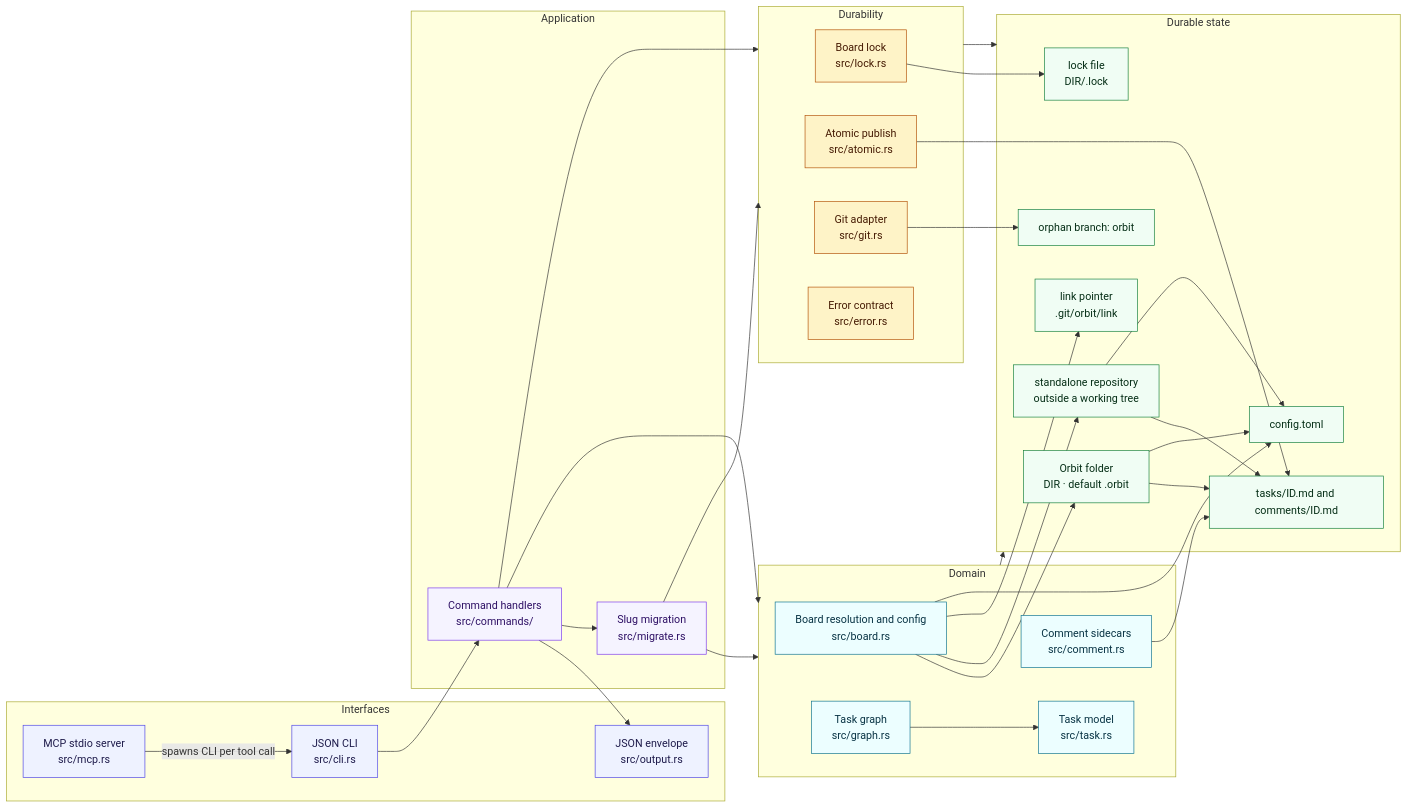
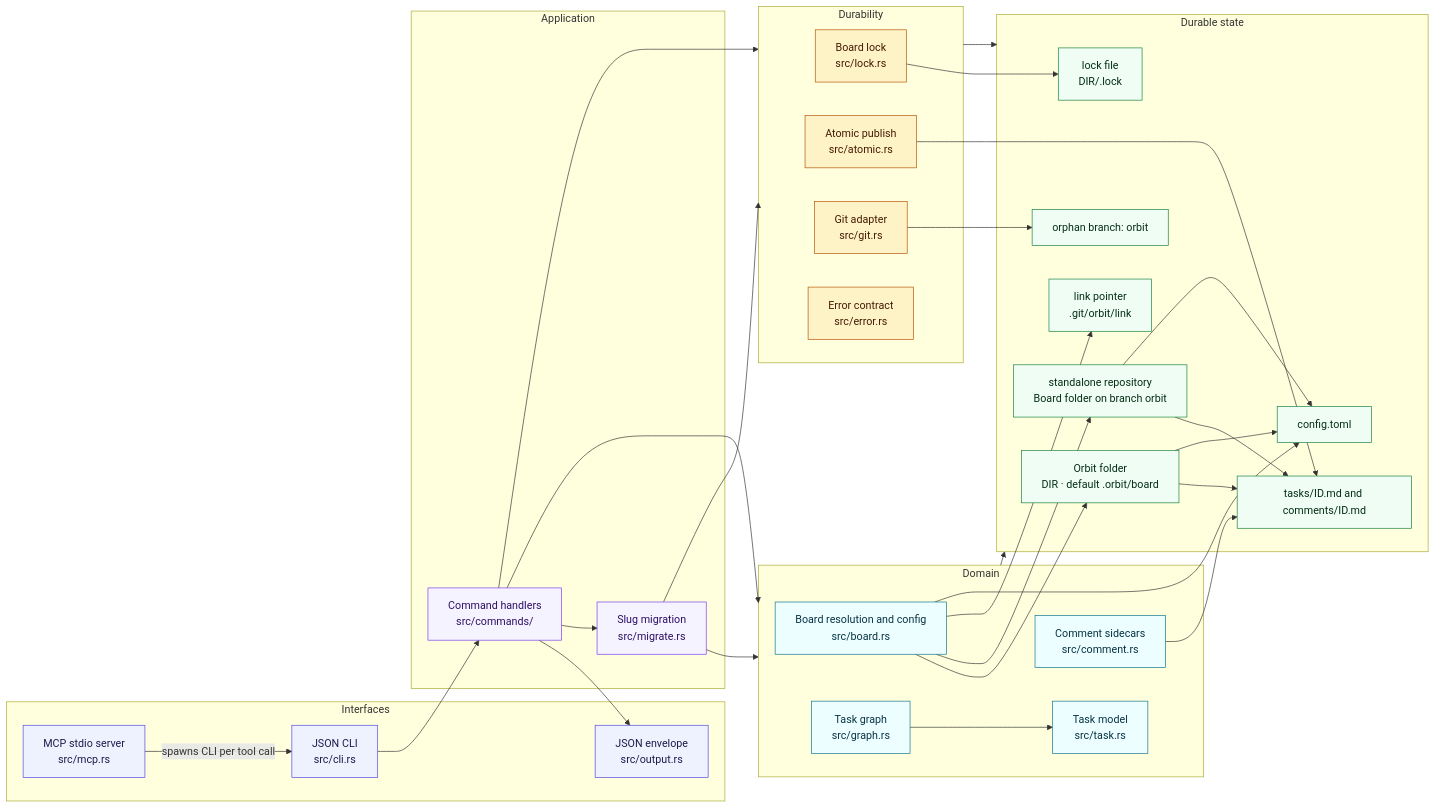
One commit to rcmendes/orbit changed the first of 2 diagrams in docs/SPEC.md. Above: the diagram before and after it, drawn with Mermaid. The commit also changed other lines of this file and 3 other files, not shown here.

Commit message:
docs(commands,spec,help): describe the ADR-0019 standalone Board layout and orbit migrate

````diff
--- a/docs/SPEC.md
+++ b/docs/SPEC.md
@@ -43,73 +43,73 @@
 ```mermaid
 flowchart LR
     subgraph Interfaces["Interfaces"]
         CLI["JSON CLI<br/>src/cli.rs"]
         MCP["MCP stdio server<br/>src/mcp.rs"]
         OUT["JSON envelope<br/>src/output.rs"]
     end
 
     subgraph Application["Application"]
         CMD["Command handlers<br/>src/commands/"]
         MIGRATE["Slug migration<br/>src/migrate.rs"]
     end
 
     subgraph Domain["Domain"]
         BOARD["Board resolution and config<br/>src/board.rs"]
         GRAPH["Task graph<br/>src/graph.rs"]
         TASK["Task model<br/>src/task.rs"]
         COMMENTS["Comment sidecars<br/>src/comment.rs"]
     end
 
     subgraph Durability["Durability"]
         LOCK["Board lock<br/>src/lock.rs"]
         ATOMIC["Atomic publish<br/>src/atomic.rs"]
         GIT["Git adapter<br/>src/git.rs"]
         ERR["Error contract<br/>src/error.rs"]
     end
 
     subgraph Data["Durable state"]
         BRANCH["orphan branch: orbit"]
-        ORBITFOLDER["Orbit folder<br/>DIR · default .orbit"]
-        STANDALONE["standalone repository<br/>outside a working tree"]
+        ORBITFOLDER["Orbit folder<br/>DIR · default .orbit/board"]
+        STANDALONE["standalone repository<br/>Board folder on branch orbit"]
         LINK["link pointer<br/>.git/orbit/link"]
         FILES["tasks/ID.md and comments/ID.md"]
         CONFIG["config.toml"]
         LOCKFILE["lock file<br/>DIR/.lock"]
     end
 
     CLI --> CMD
     MCP -->|spawns CLI per tool call| CLI
     CMD --> OUT
     CMD --> MIGRATE
     CMD --> Domain
     CMD --> Durability
     MIGRATE --> Domain
     MIGRATE --> Durability
     Domain --> Data
     Durability --> Data
     GRAPH --> TASK
     BOARD --> ORBITFOLDER
     BOARD --> STANDALONE
     BOARD --> LINK
     BOARD --> CONFIG
     GIT --> BRANCH
     ATOMIC --> FILES
     COMMENTS --> FILES
     LOCK --> LOCKFILE
     ORBITFOLDER --> FILES
     ORBITFOLDER --> CONFIG
     STANDALONE --> FILES
     STANDALONE --> CONFIG
 
     classDef iface fill:#eef2ff,stroke:#4f46e5,color:#1e1b4b
     classDef app fill:#f5f3ff,stroke:#7c3aed,color:#2e1065
     classDef domain fill:#ecfeff,stroke:#0e7490,color:#083344
     classDef durable fill:#fef3c7,stroke:#b45309,color:#451a03
     classDef store fill:#f0fdf4,stroke:#15803d,color:#052e16
 
     class CLI,MCP,OUT iface
     class CMD,MIGRATE app
     class BOARD,GRAPH,TASK,COMMENTS domain
     class LOCK,ATOMIC,GIT,ERR durable
     class BRANCH,ORBITFOLDER,STANDALONE,LINK,FILES,CONFIG,LOCKFILE store
 ```
````
